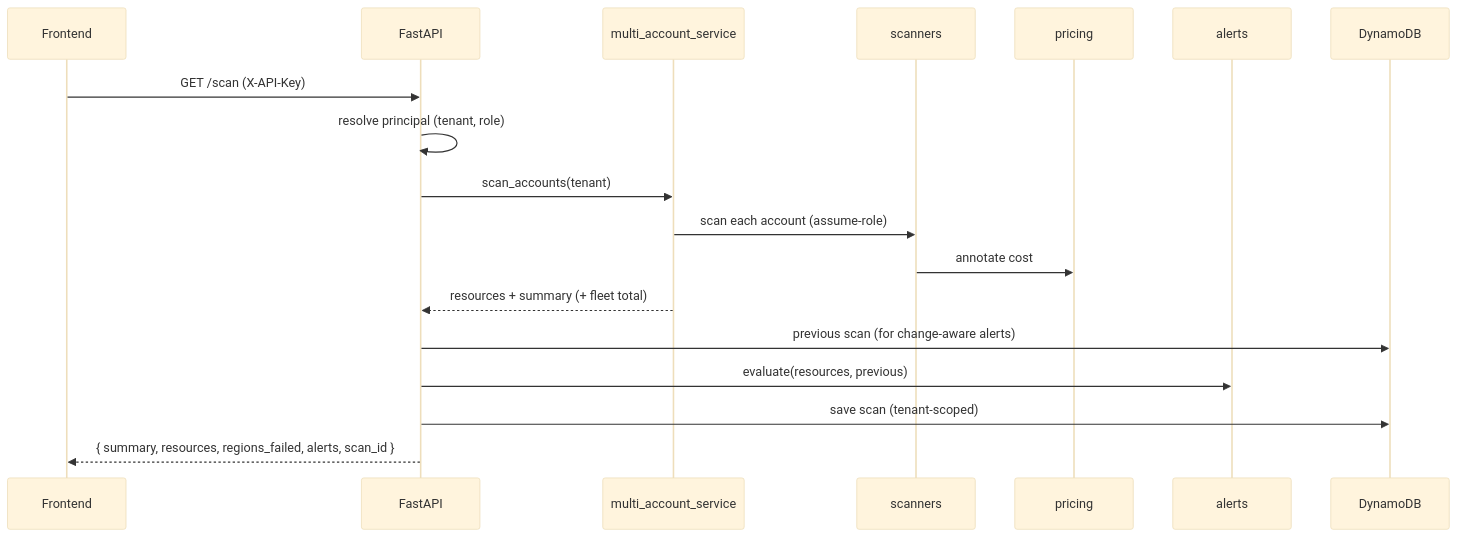
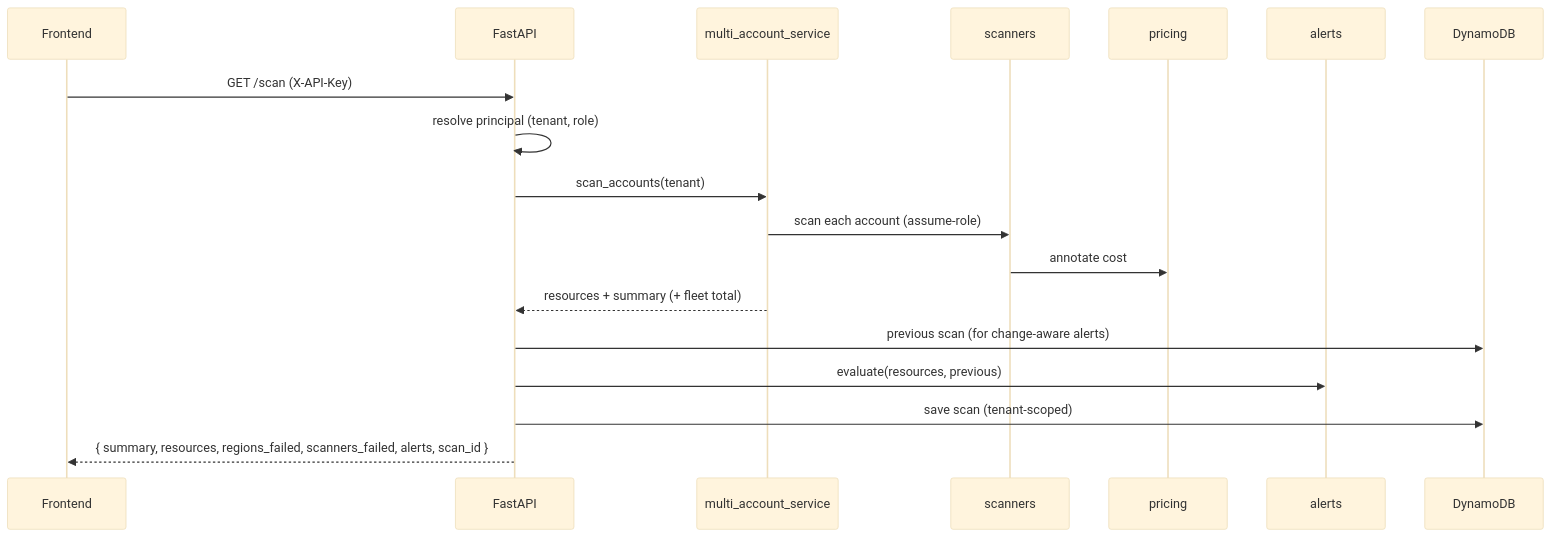
Before and after one commit to jaredf96/shut-it-down-aws: the third of 3 diagrams in docs/ARCHITECTURE.md, drawn with Mermaid (base theme). The commit also changed other lines of this file and 19 other files, not shown here.

````diff
--- a/docs/ARCHITECTURE.md
+++ b/docs/ARCHITECTURE.md
@@ -206,21 +212,21 @@
 ```mermaid
 sequenceDiagram
     participant FE as Frontend
     participant API as FastAPI
     participant MA as multi_account_service
     participant SC as scanners
     participant PR as pricing
     participant AL as alerts
     participant DB as DynamoDB
 
     FE->>API: GET /scan (X-API-Key)
     API->>API: resolve principal (tenant, role)
     API->>MA: scan_accounts(tenant)
     MA->>SC: scan each account (assume-role)
     SC->>PR: annotate cost
     MA-->>API: resources + summary (+ fleet total)
     API->>DB: previous scan (for change-aware alerts)
     API->>AL: evaluate(resources, previous)
     API->>DB: save scan (tenant-scoped)
-    API-->>FE: { summary, resources, regions_failed, alerts, scan_id }
+    API-->>FE: { summary, resources, regions_failed, scanners_failed, alerts, scan_id }
 ```
````
